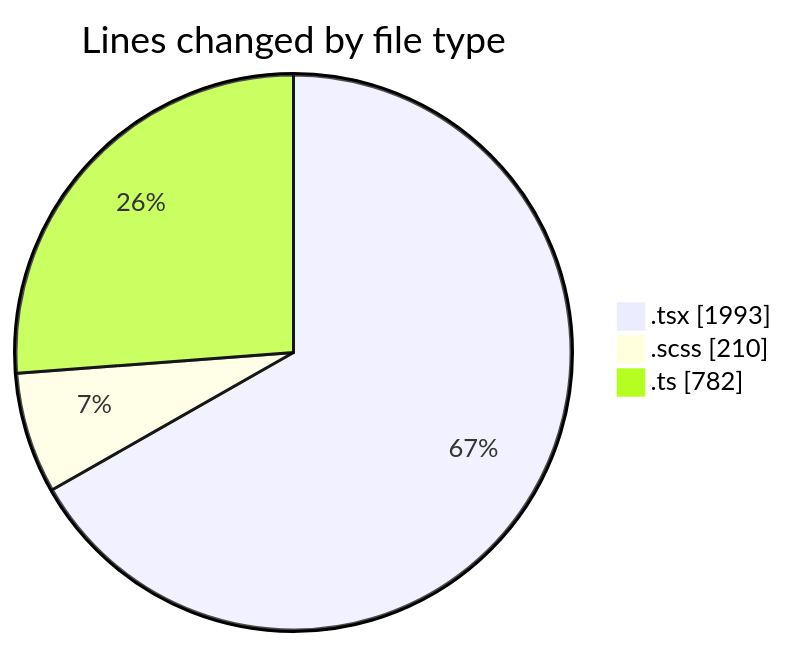
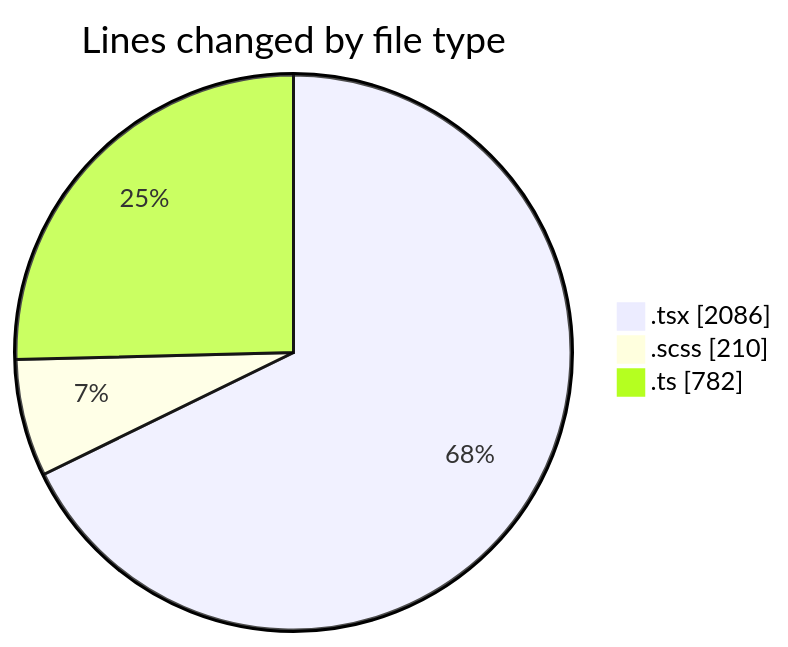
Before and after one commit to momahboobian/code-tracking: the first of 2 diagrams in 2026-05-11/cda/README.md, drawn with Mermaid. The commit also changed other lines of this file and 1 other file, not shown here.

````diff
--- a/2026-05-11/cda/README.md
+++ b/2026-05-11/cda/README.md
@@ -38,7 +39,7 @@
 ```mermaid
 pie showData
 title Lines changed by file type
-".tsx" : 1993
+".tsx" : 2086
 ".scss" : 210
 ".ts" : 782
 ```
````
